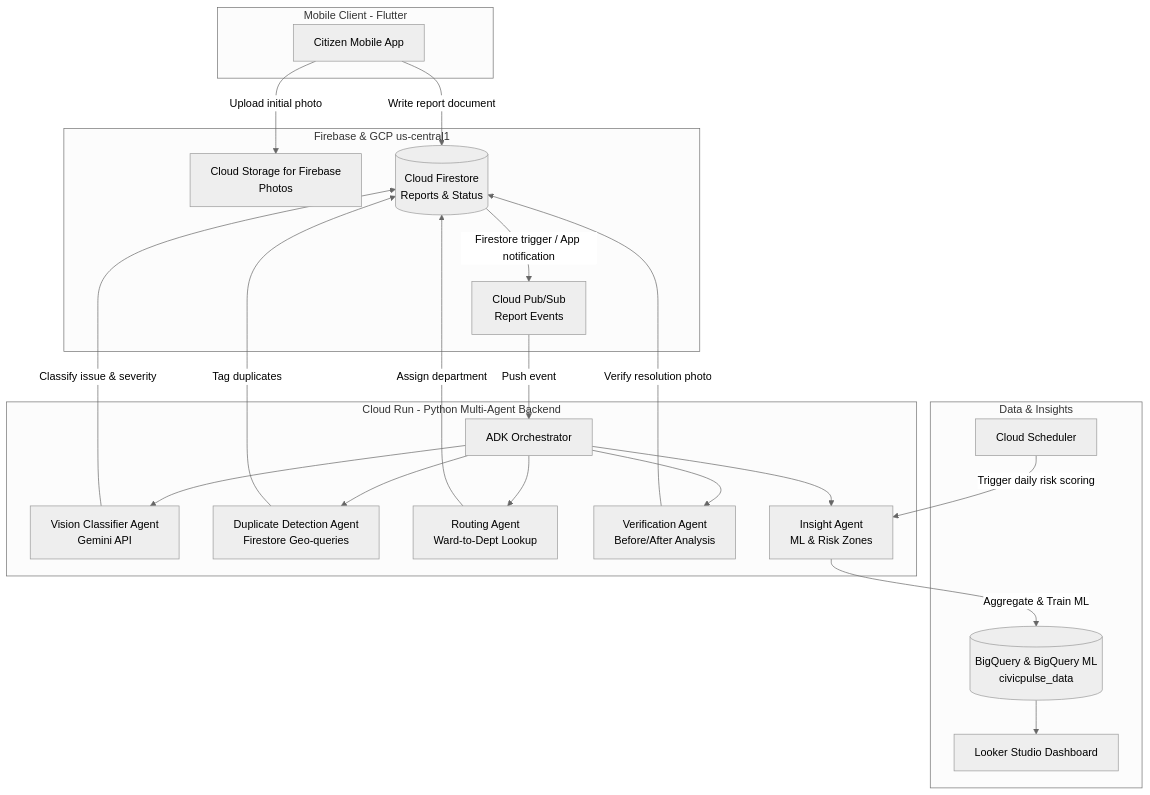
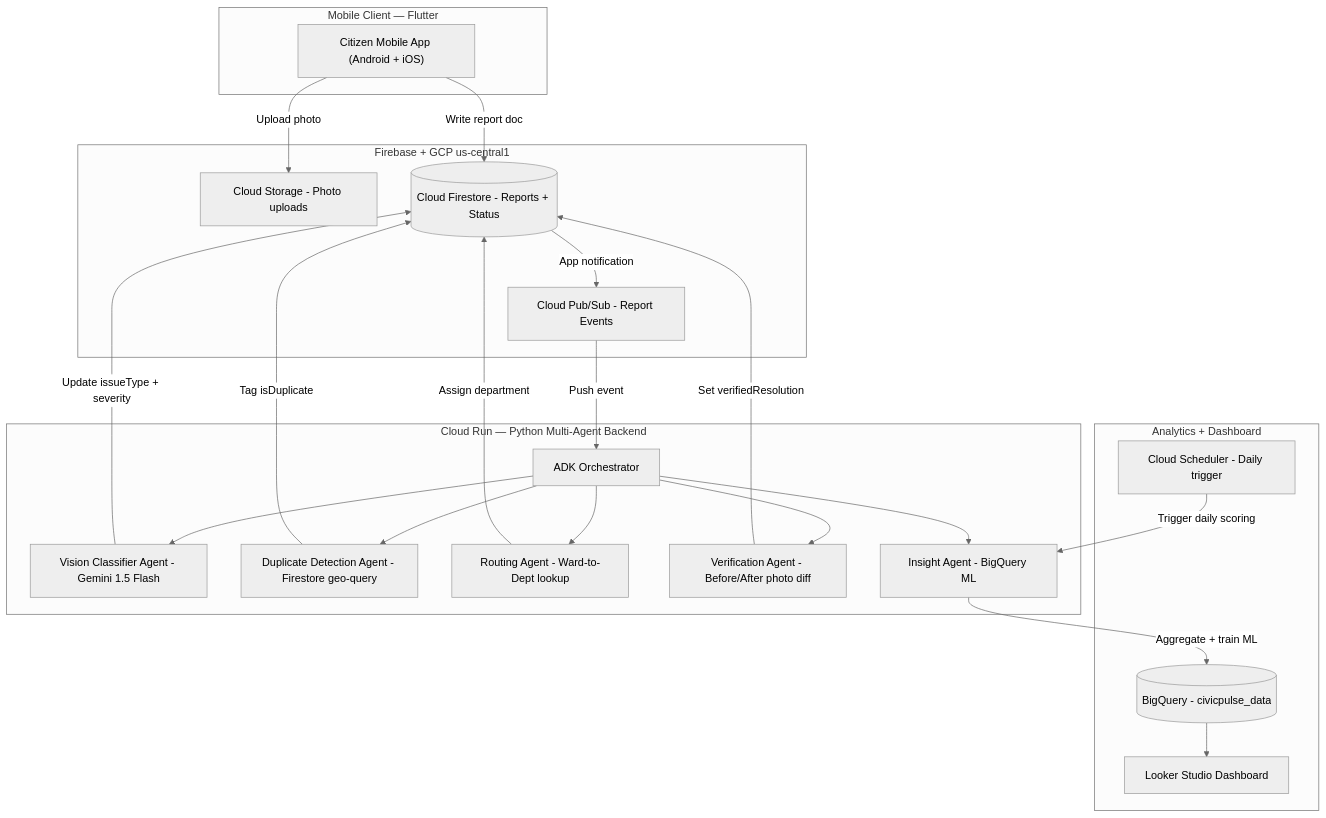
Before and after one commit to AshitaNema/civicpulse: the first of 3 diagrams in ARCHITECTURE.md, drawn with Mermaid (neutral theme). The commit also changed other lines of this file and 5 other files, not shown here.

````diff
--- a/ARCHITECTURE.md
+++ b/ARCHITECTURE.md
@@ -5,47 +9,47 @@
 ```mermaid
 flowchart TD
-    subgraph Client [Mobile Client - Flutter]
-        App[Citizen Mobile App]
+    subgraph Client["Mobile Client — Flutter"]
+        App["Citizen Mobile App (Android + iOS)"]
     end
 
-    subgraph Firebase [Firebase & GCP us-central1]
-        CS[Cloud Storage for Firebase\nPhotos]
-        FS[(Cloud Firestore\nReports & Status)]
-        PS[Cloud Pub/Sub\nReport Events]
+    subgraph Firebase["Firebase + GCP us-central1"]
+        CS["Cloud Storage - Photo uploads"]
+        FS[("Cloud Firestore - Reports + Status")]
+        PS["Cloud Pub/Sub - Report Events"]
     end
 
-    subgraph CloudRun [Cloud Run - Python Multi-Agent Backend]
-        Orch[ADK Orchestrator]
-        Vision[Vision Classifier Agent\nGemini API]
-        Dup[Duplicate Detection Agent\nFirestore Geo-queries]
-        Route[Routing Agent\nWard-to-Dept Lookup]
-        Verify[Verification Agent\nBefore/After Analysis]
-        Insight[Insight Agent\nML & Risk Zones]
+    subgraph CloudRun["Cloud Run — Python Multi-Agent Backend"]
+        Orch["ADK Orchestrator"]
+        Vision["Vision Classifier Agent - Gemini 1.5 Flash"]
+        Dup["Duplicate Detection Agent - Firestore geo-query"]
+        Route["Routing Agent - Ward-to-Dept lookup"]
+        Verify["Verification Agent - Before/After photo diff"]
+        Insight["Insight Agent - BigQuery ML"]
     end
 
-    subgraph Analytics [Data & Insights]
-        BQ[(BigQuery & BigQuery ML\ncivicpulse_data)]
-        Looker[Looker Studio Dashboard]
-        Sched[Cloud Scheduler]
+    subgraph Analytics["Analytics + Dashboard"]
+        BQ[("BigQuery - civicpulse_data")]
+        Looker["Looker Studio Dashboard"]
+        Sched["Cloud Scheduler - Daily trigger"]
     end
 
-    App -->|Upload initial photo| CS
-    App -->|Write report document| FS
-    FS -->|Firestore trigger / App notification| PS
-    PS -->|Push event| Orch
+    App -->|"Upload photo"| CS
+    App -->|"Write report doc"| FS
+    FS -->|"App notification"| PS
+    PS -->|"Push event"| Orch
 
     Orch --> Vision
     Orch --> Dup
     Orch --> Route
     Orch --> Verify
     Orch --> Insight
 
-    Vision -->|Classify issue & severity| FS
-    Dup -->|Tag duplicates| FS
-    Route -->|Assign department| FS
-    Verify -->|Verify resolution photo| FS
+    Vision -->|"Update issueType + severity"| FS
+    Dup -->|"Tag isDuplicate"| FS
+    Route -->|"Assign department"| FS
+    Verify -->|"Set verifiedResolution"| FS
 
-    Insight -->|Aggregate & Train ML| BQ
-    Sched -->|Trigger daily risk scoring| Insight
+    Insight -->|"Aggregate + train ML"| BQ
+    Sched -->|"Trigger daily scoring"| Insight
     BQ --> Looker
 ```
````
